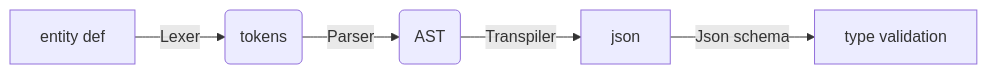
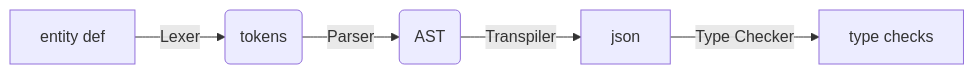
The diagram in libs/entity-def-compiler/README.md (mkraenz/dungeonmans-modding-tools), drawn with Mermaid before and after one commit. The commit also changed other lines of this file and 5 other files, not shown here.

````diff
--- a/libs/entity-def-compiler/README.md
+++ b/libs/entity-def-compiler/README.md
@@ -32,7 +32,7 @@
 ```mermaid
 graph LR;
     A[entity def] -->|Lexer| B(tokens)
     B -->|Parser| C(AST)
     C -->|Transpiler| D[json]
-    D -->|Json schema| E[type validation]
+    D -->|Type Checker| E[type checks]
 ```
````
